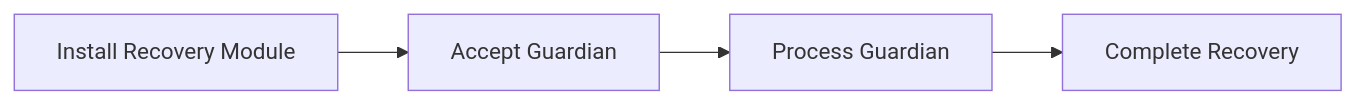
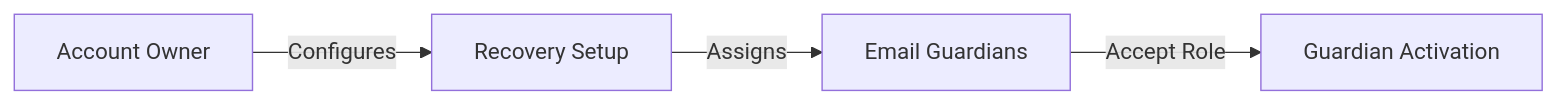
The first of 2 diagrams in docs/account-recovery/README.md (zkemail/docusaurus), drawn with Mermaid before and after one commit. The commit also changed other lines of this file and 9 other files, not shown here.

````diff
--- a/docs/account-recovery/README.md
+++ b/docs/account-recovery/README.md
@@ -38,6 +25,6 @@
 ```mermaid
 graph LR
-  A[Install Recovery Module] --> B[Accept Guardian]
-  B --> C[Process Guardian]
-  C --> D[Complete Recovery]
+    A[Account Owner] -->|Configures| B[Recovery Setup]
+    B -->|Assigns| C[Email Guardians]
+    C -->|Accept Role| D[Guardian Activation]
 ```
````
